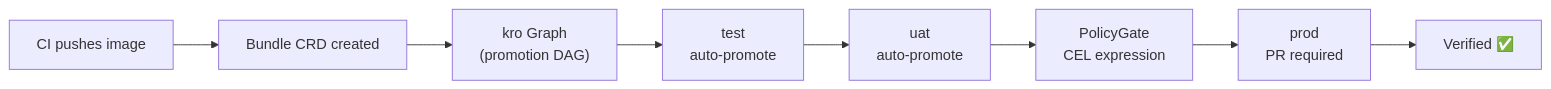
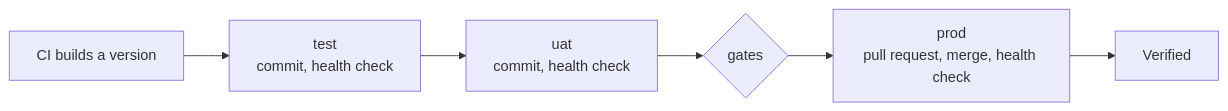
The diagram in docs/index.md (pnz1990/kardinal-promoter), drawn with Mermaid before and after one commit. The commit also changed other lines of this file and 4 other files, not shown here.

````diff
--- a/docs/index.md
+++ b/docs/index.md
@@ -96,10 +75,8 @@
 ```mermaid
 graph LR
-    CI["CI pushes image"] --> Bundle["Bundle CRD created"]
-    Bundle --> Graph["kro Graph\n(promotion DAG)"]
-    Graph --> Test["test\nauto-promote"]
-    Test --> UAT["uat\nauto-promote"]
-    UAT --> Gate["PolicyGate\nCEL expression"]
-    Gate --> Prod["prod\nPR required"]
-    Prod --> Done["Verified ✅"]
+    CI["CI builds a version"] --> Test["test<br/>commit, health check"]
+    Test --> UAT["uat<br/>commit, health check"]
+    UAT --> Gate{"gates"}
+    Gate --> Prod["prod<br/>pull request, merge, health check"]
+    Prod --> Done["Verified"]
 ```
````
